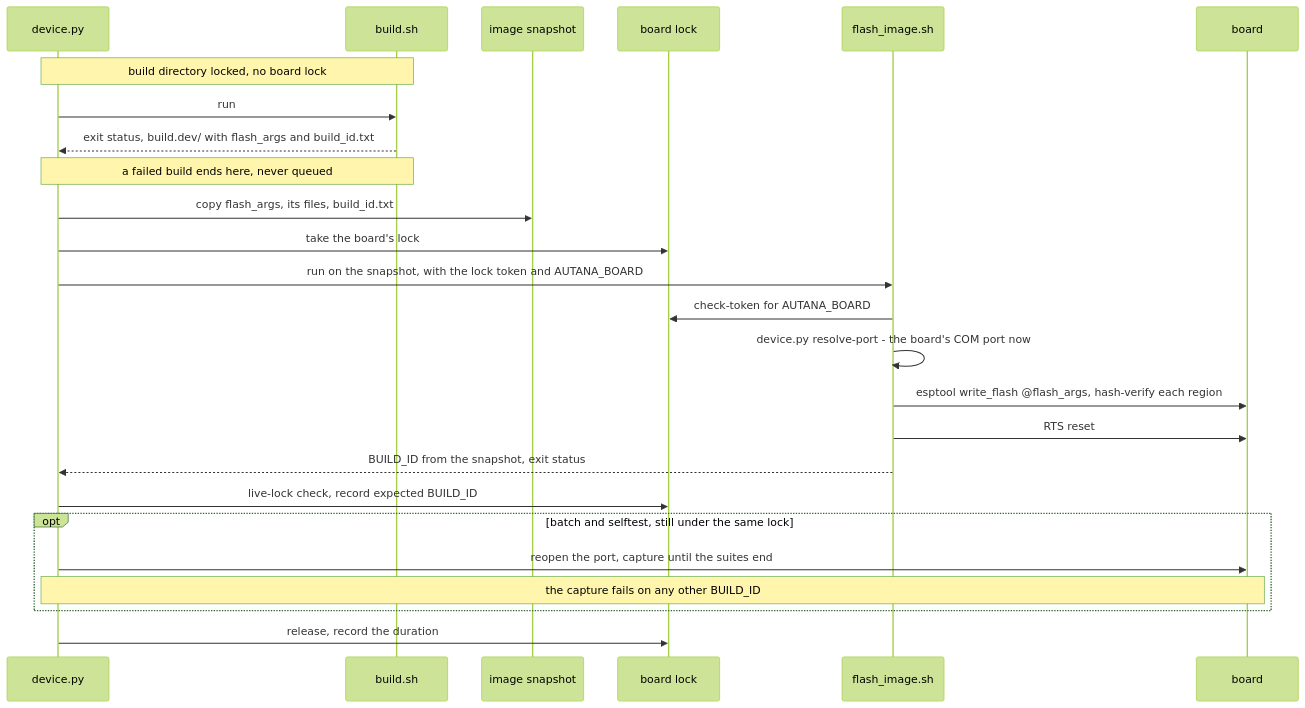
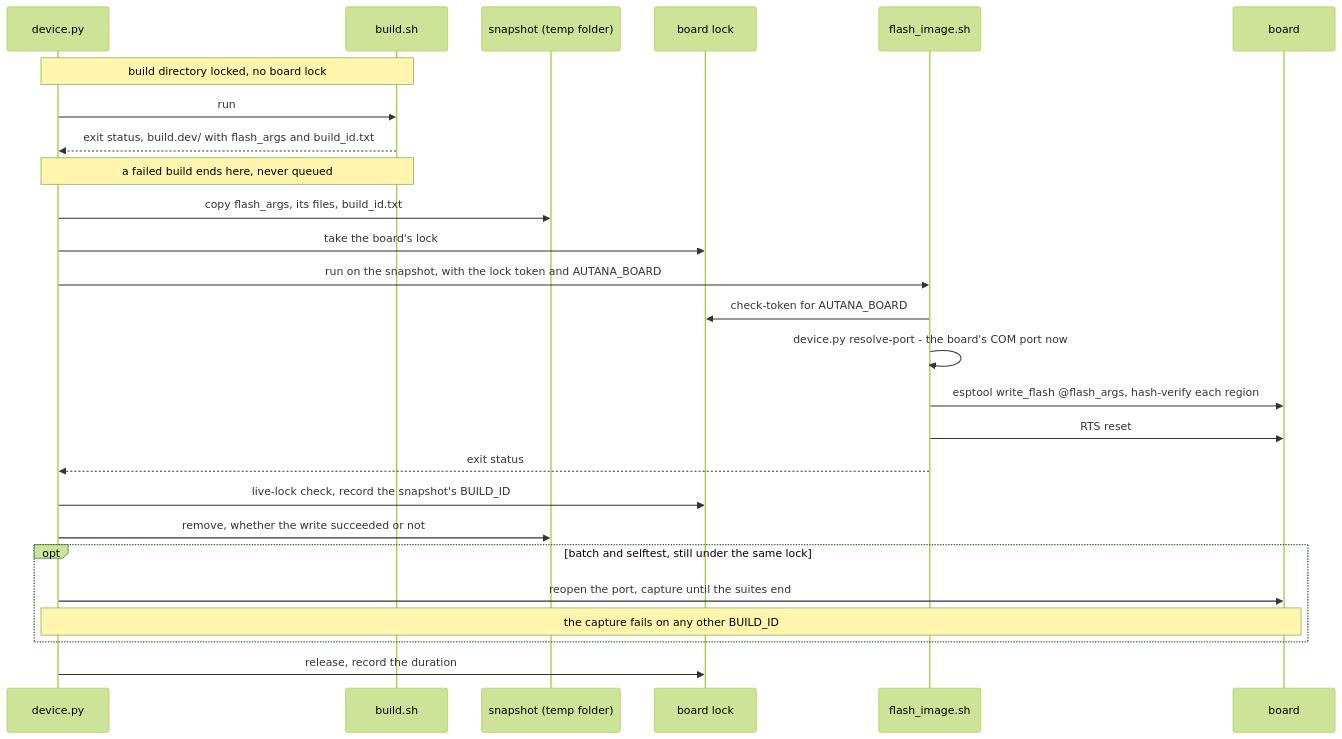
Before and after one commit to jose-villegas/autana: the first of 2 diagrams in docs/tools/Device-Lock.md, drawn with Mermaid (forest theme). The commit also changed other lines of this file and 6 other files, not shown here.

First line of the commit message:
device: a flash's snapshot is its own temp folder, gone after the write

````diff
--- a/docs/tools/Device-Lock.md
+++ b/docs/tools/Device-Lock.md
@@ -98,28 +100,29 @@
 ```mermaid
 sequenceDiagram
     participant Dev as device.py
     participant Build as build.sh
-    participant Snap as image snapshot
+    participant Snap as snapshot (temp folder)
     participant Lock as board lock
     participant Sh as flash_image.sh
     participant Board as board
 
     Note over Dev,Build: build directory locked, no board lock
     Dev->>Build: run
     Build-->>Dev: exit status, build.dev/ with flash_args and build_id.txt
     Note over Dev,Build: a failed build ends here, never queued
     Dev->>Snap: copy flash_args, its files, build_id.txt
     Dev->>Lock: take the board's lock
     Dev->>Sh: run on the snapshot, with the lock token and AUTANA_BOARD
     Sh->>Lock: check-token for AUTANA_BOARD
     Sh->>Sh: device.py resolve-port - the board's COM port now
     Sh->>Board: esptool write_flash @flash_args, hash-verify each region
     Sh->>Board: RTS reset
-    Sh-->>Dev: BUILD_ID from the snapshot, exit status
-    Dev->>Lock: live-lock check, record expected BUILD_ID
+    Sh-->>Dev: exit status
+    Dev->>Lock: live-lock check, record the snapshot's BUILD_ID
+    Dev->>Snap: remove, whether the write succeeded or not
     opt batch and selftest, still under the same lock
         Dev->>Board: reopen the port, capture until the suites end
         Note over Dev,Board: the capture fails on any other BUILD_ID
     end
     Dev->>Lock: release, record the duration
 ```
````
